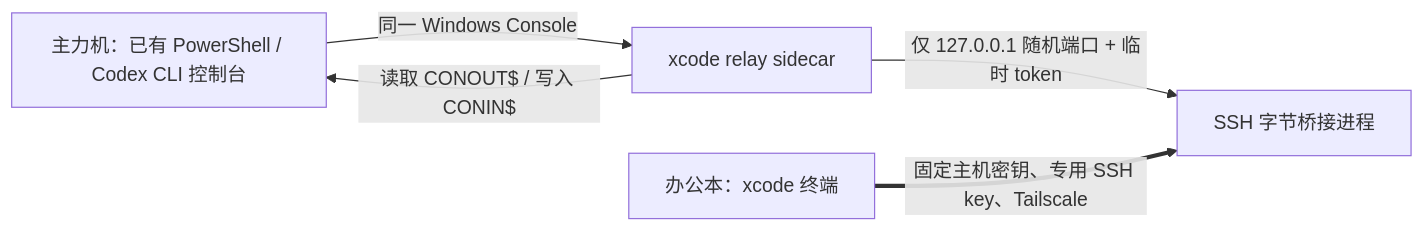
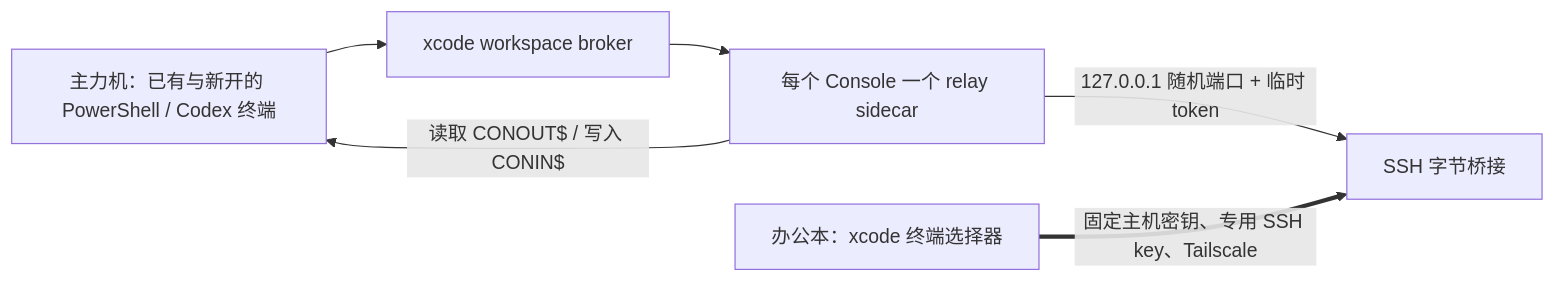
The diagram in README.md (hanhan761/xcode), drawn with Mermaid before and after one commit. The commit also changed other lines of this file and 11 other files, not shown here.

Commit message:
feat: share multi-console terminal workspace

````diff
--- a/README.md
+++ b/README.md
@@ -7,7 +7,8 @@
 ```mermaid
 flowchart LR
-    A[主力机：已有 PowerShell / Codex CLI 控制台] -->|同一 Windows Console| B[xcode relay sidecar]
-    B -->|读取 CONOUT$ / 写入 CONIN$| A
-    B -->|仅 127.0.0.1 随机端口 + 临时 token| C[SSH 字节桥接进程]
-    D[办公本：xcode 终端] ==>|固定主机密钥、专用 SSH key、Tailscale| C
+    A[主力机：已有与新开的 PowerShell / Codex 终端] --> B[xcode workspace broker]
+    B --> C[每个 Console 一个 relay sidecar]
+    C -->|读取 CONOUT$ / 写入 CONIN$| A
+    C -->|127.0.0.1 随机端口 + 临时 token| D[SSH 字节桥接]
+    E[办公本：xcode 终端选择器] ==>|固定主机密钥、专用 SSH key、Tailscale| D
 ```
````
